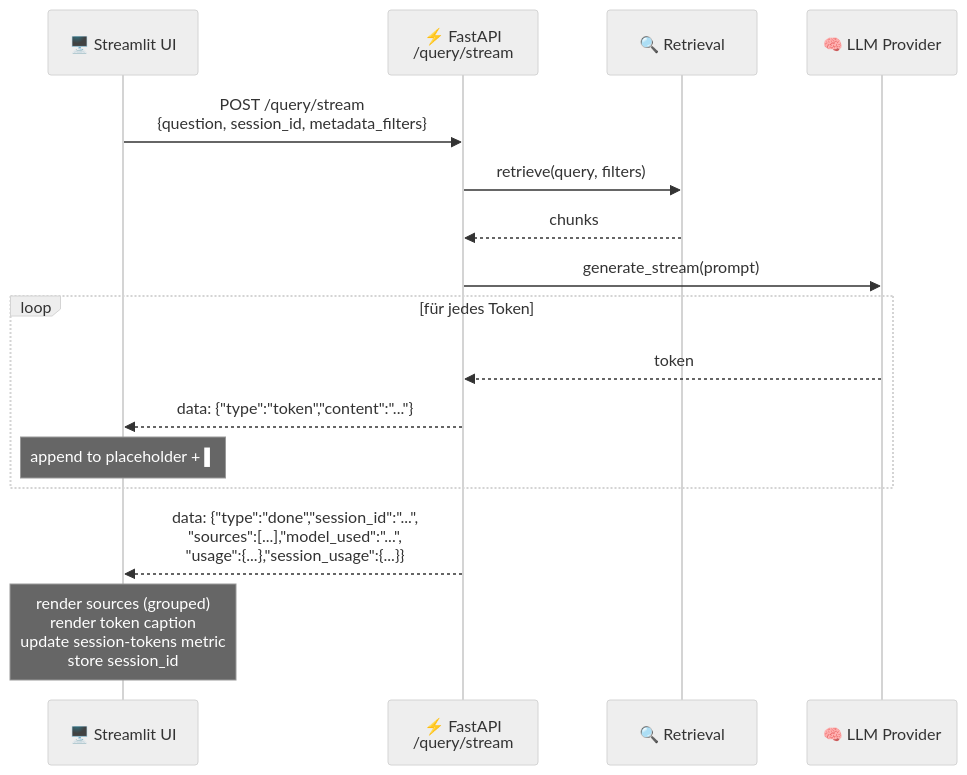
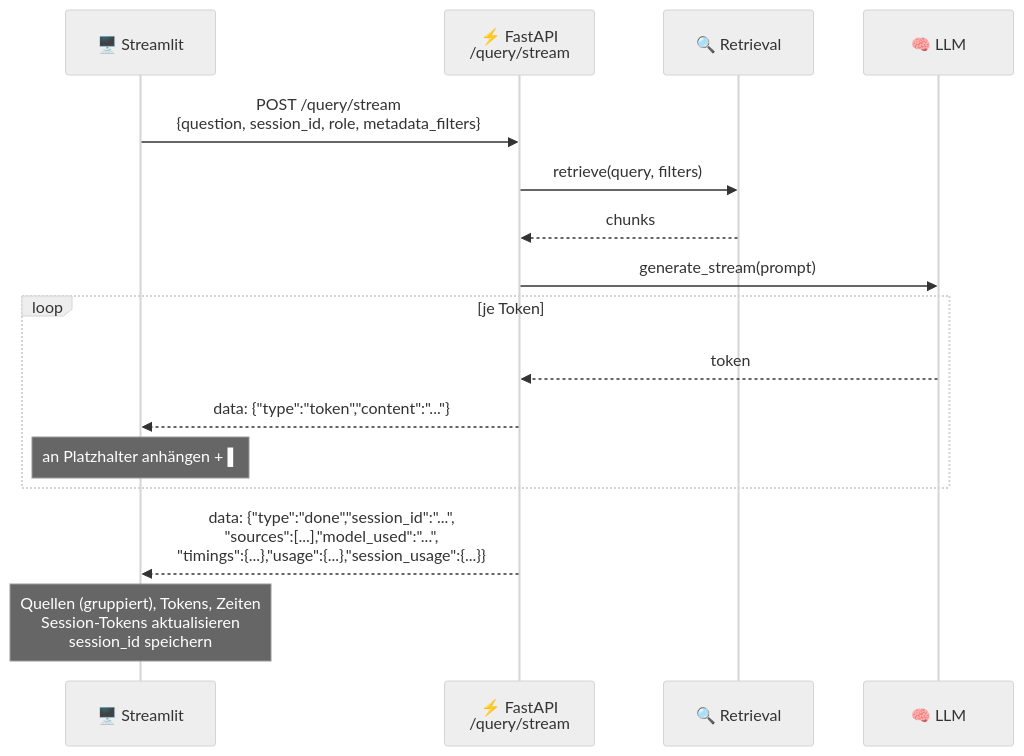
The second of 2 diagrams in docs/ui-ux.md (FabianHentrich/lorekeeper), drawn with Mermaid (neutral theme) before and after one commit. The commit also changed other lines of this file and 15 other files, not shown here.

````diff
--- a/docs/ui-ux.md
+++ b/docs/ui-ux.md
@@ -243,21 +193,21 @@
 ```mermaid
 sequenceDiagram
-    participant UI as 🖥️ Streamlit UI
+    participant UI as 🖥️ Streamlit
     participant API as ⚡ FastAPI<br/>/query/stream
     participant RAG as 🔍 Retrieval
-    participant LLM as 🧠 LLM Provider
+    participant LLM as 🧠 LLM
 
-    UI->>API: POST /query/stream<br/>{question, session_id, metadata_filters}
+    UI->>API: POST /query/stream<br/>{question, session_id, role, metadata_filters}
     API->>RAG: retrieve(query, filters)
     RAG-->>API: chunks
     API->>LLM: generate_stream(prompt)
 
-    loop für jedes Token
+    loop je Token
         LLM-->>API: token
         API-->>UI: data: {"type":"token","content":"..."}
-        Note over UI: append to placeholder + ▌
+        Note over UI: an Platzhalter anhängen + ▌
     end
 
-    API-->>UI: data: {"type":"done","session_id":"...",<br/>"sources":[...],"model_used":"...",<br/>"usage":{...},"session_usage":{...}}
-    Note over UI: render sources (grouped)<br/>render token caption<br/>update session-tokens metric<br/>store session_id
+    API-->>UI: data: {"type":"done","session_id":"...",<br/>"sources":[...],"model_used":"...",<br/>"timings":{...},"usage":{...},"session_usage":{...}}
+    Note over UI: Quellen (gruppiert), Tokens, Zeiten<br/>Session-Tokens aktualisieren<br/>session_id speichern
 ```
````
